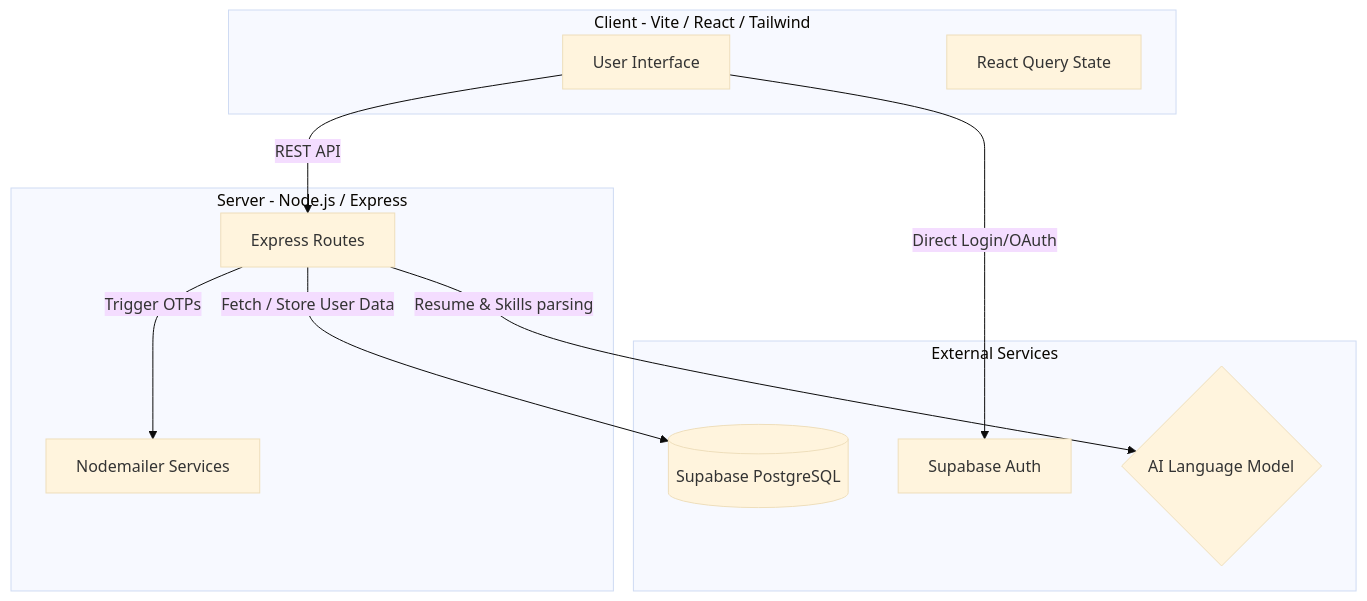
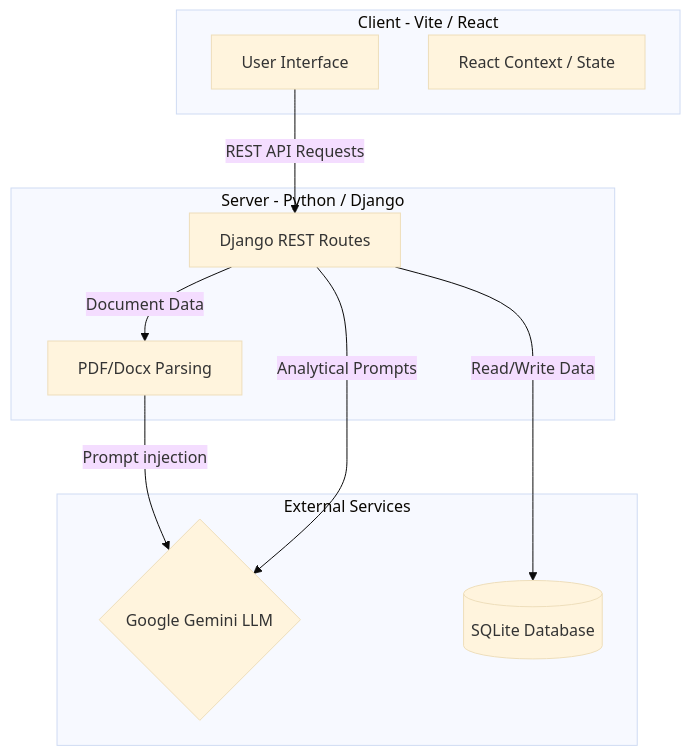
Before and after one commit to Sumanth19901/collage-final-project: the second of 2 diagrams in README.md, drawn with Mermaid (base theme). The commit also changed other lines of this file, not shown here.

Commit message:
docs: Correct backend documentation to Django and Gemini LLM

````diff
--- a/README.md
+++ b/README.md
@@ -46,24 +52,23 @@
 ```mermaid
 graph TD
-    subgraph Frontend [Client - Vite / React / Tailwind]
+    subgraph Frontend [Client - Vite / React]
         UI[User Interface]
-        State[React Query State]
+        State[React Context / State]
     end
 
-    subgraph Backend [Server - Node.js / Express]
-        API[Express Routes]
-        Email[Nodemailer Services]
+    subgraph Backend [Server - Python / Django]
+        API[Django REST Routes]
+        Extractor[PDF/Docx Parsing]
     end
 
     subgraph External [External Services]
-        SupaDB[(Supabase PostgreSQL)]
-        SupaAuth[Supabase Auth]
-        LLM{AI Language Model}
+        Gemini{Google Gemini LLM}
+        DB[(SQLite Database)]
     end
 
-    UI -->|REST API| API
-    UI -->|Direct Login/OAuth| SupaAuth
-    API -->|Fetch / Store User Data| SupaDB
-    API -->|Trigger OTPs| Email
-    API -->|Resume & Skills parsing| LLM
+    UI -->|REST API Requests| API
+    API -->|Read/Write Data| DB
+    API -->|Document Data| Extractor
+    Extractor -->|Prompt injection| Gemini
+    API -->|Analytical Prompts| Gemini
 ```
````
